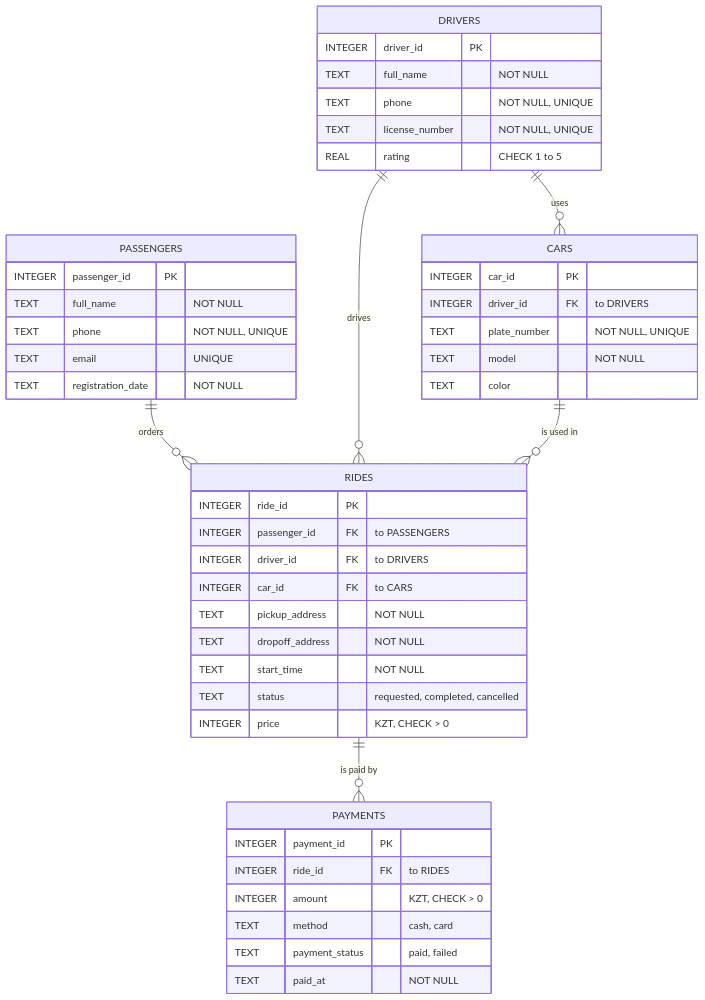
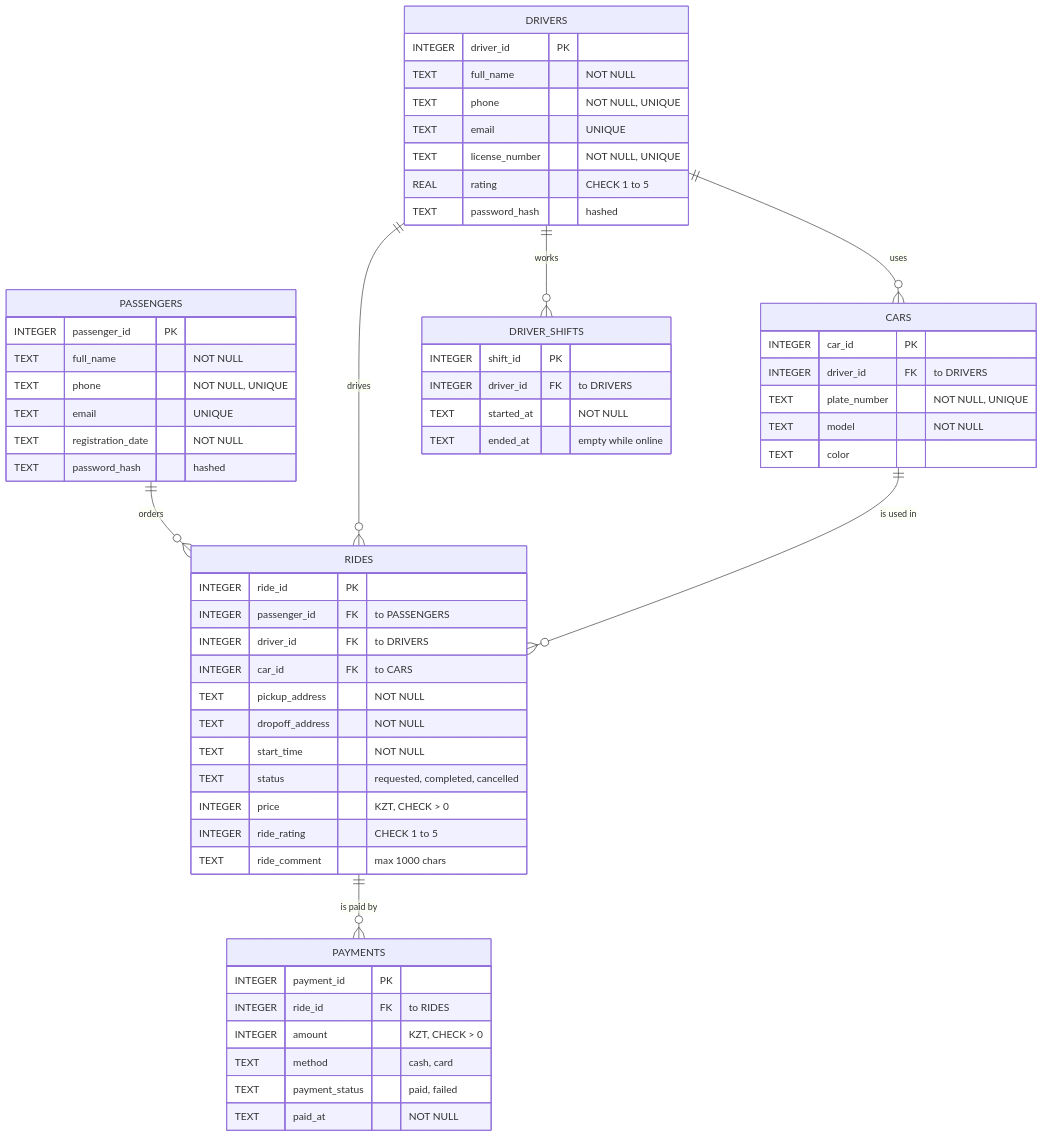
Before and after one commit to sabinaibragimova23/mini-taxi-almaty: the diagram in docs/erd.mmd, drawn with Mermaid. The commit also changed 12 other files, not shown here.

Commit message:
Student 2: driver online/offline shifts, migration 004, hours report, tests, updated ERD

```diff
--- a/docs/erd.mmd
+++ b/docs/erd.mmd
@@ -1,47 +1,59 @@
 erDiagram
     PASSENGERS ||--o{ RIDES : "orders"
     DRIVERS ||--o{ CARS : "uses"
     DRIVERS ||--o{ RIDES : "drives"
+    DRIVERS ||--o{ DRIVER_SHIFTS : "works"
     CARS ||--o{ RIDES : "is used in"
     RIDES ||--o{ PAYMENTS : "is paid by"
 
     PASSENGERS {
         INTEGER passenger_id PK
         TEXT full_name "NOT NULL"
         TEXT phone "NOT NULL, UNIQUE"
         TEXT email "UNIQUE"
         TEXT registration_date "NOT NULL"
+        TEXT password_hash "hashed"
     }
     DRIVERS {
         INTEGER driver_id PK
         TEXT full_name "NOT NULL"
         TEXT phone "NOT NULL, UNIQUE"
+        TEXT email "UNIQUE"
         TEXT license_number "NOT NULL, UNIQUE"
         REAL rating "CHECK 1 to 5"
+        TEXT password_hash "hashed"
     }
     CARS {
         INTEGER car_id PK
         INTEGER driver_id FK "to DRIVERS"
         TEXT plate_number "NOT NULL, UNIQUE"
         TEXT model "NOT NULL"
         TEXT color
     }
     RIDES {
         INTEGER ride_id PK
         INTEGER passenger_id FK "to PASSENGERS"
         INTEGER driver_id FK "to DRIVERS"
         INTEGER car_id FK "to CARS"
         TEXT pickup_address "NOT NULL"
         TEXT dropoff_address "NOT NULL"
         TEXT start_time "NOT NULL"
         TEXT status "requested, completed, cancelled"
         INTEGER price "KZT, CHECK > 0"
+        INTEGER ride_rating "CHECK 1 to 5"
+        TEXT ride_comment "max 1000 chars"
     }
     PAYMENTS {
         INTEGER payment_id PK
         INTEGER ride_id FK "to RIDES"
         INTEGER amount "KZT, CHECK > 0"
         TEXT method "cash, card"
         TEXT payment_status "paid, failed"
         TEXT paid_at "NOT NULL"
     }
+    DRIVER_SHIFTS {
+        INTEGER shift_id PK
+        INTEGER driver_id FK "to DRIVERS"
+        TEXT started_at "NOT NULL"
+        TEXT ended_at "empty while online"
+    }
```
